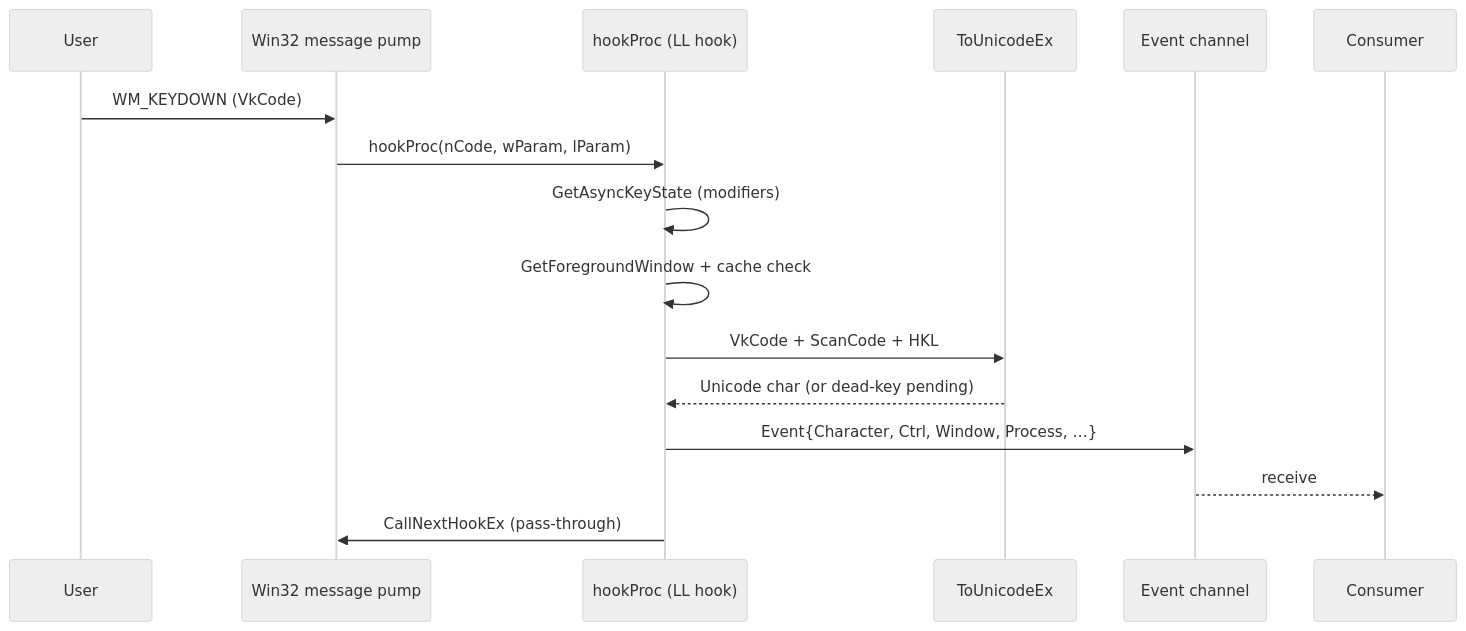
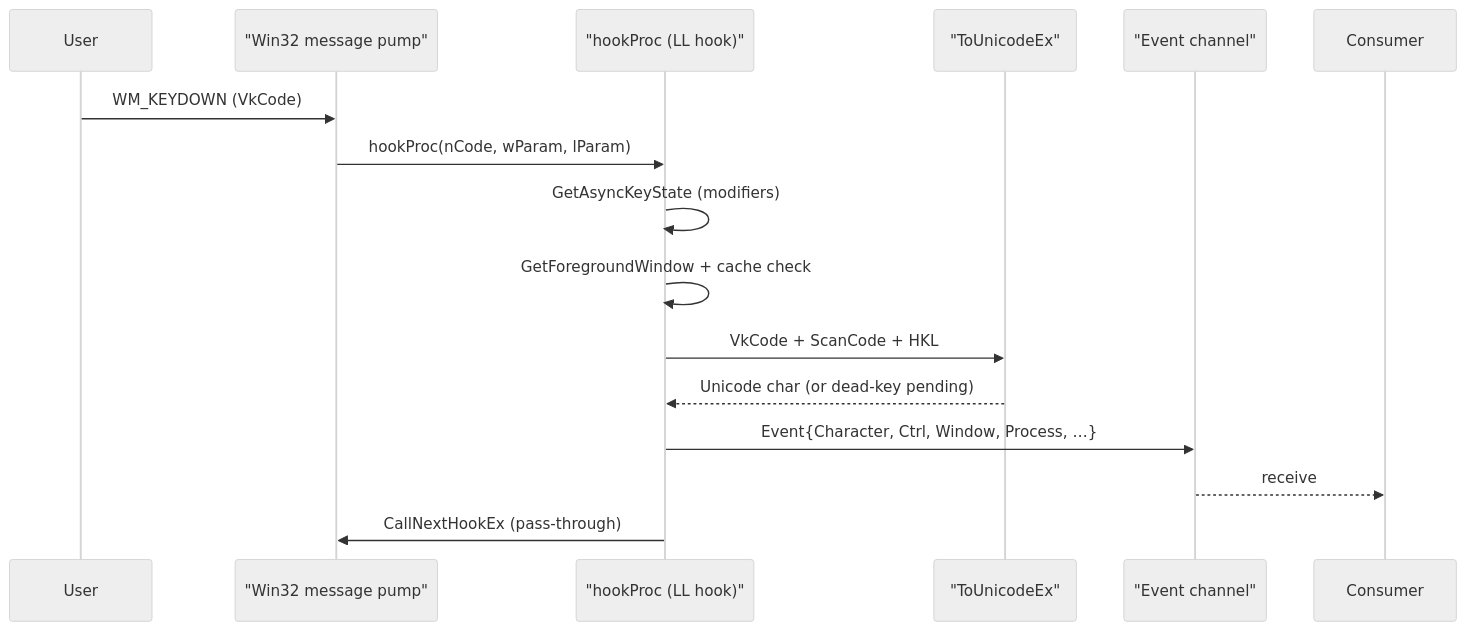
Before and after one commit to oioio-space/maldev: the diagram in docs/techniques/collection/keylogging.md, drawn with Mermaid (neutral theme). The commit also changed 52 other files, not shown here.

First line of the commit message:
fix(docs): quote multi-word Mermaid participant aliases — 11.2.0 strict-mode sweep

````diff
--- a/docs/techniques/collection/keylogging.md
+++ b/docs/techniques/collection/keylogging.md
@@ -46,19 +46,19 @@
 ```mermaid
 sequenceDiagram
     participant User
-    participant OS as Win32 message pump
-    participant Hook as hookProc (LL hook)
-    participant Xlat as ToUnicodeEx
-    participant Ch as Event channel
+    participant OS as "Win32 message pump"
+    participant Hook as "hookProc (LL hook)"
+    participant Xlat as "ToUnicodeEx"
+    participant Ch as "Event channel"
     participant Consumer
 
     User->>OS: WM_KEYDOWN (VkCode)
     OS->>Hook: hookProc(nCode, wParam, lParam)
     Hook->>Hook: GetAsyncKeyState (modifiers)
     Hook->>Hook: GetForegroundWindow + cache check
     Hook->>Xlat: VkCode + ScanCode + HKL
     Xlat-->>Hook: Unicode char (or dead-key pending)
     Hook->>Ch: Event{Character, Ctrl, Window, Process, …}
     Ch-->>Consumer: receive
     Hook->>OS: CallNextHookEx (pass-through)
 ```
````
